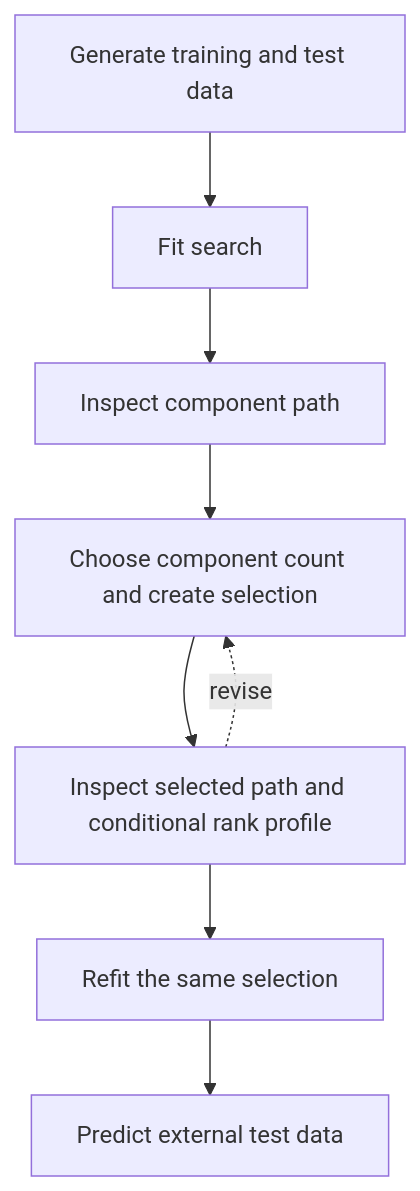
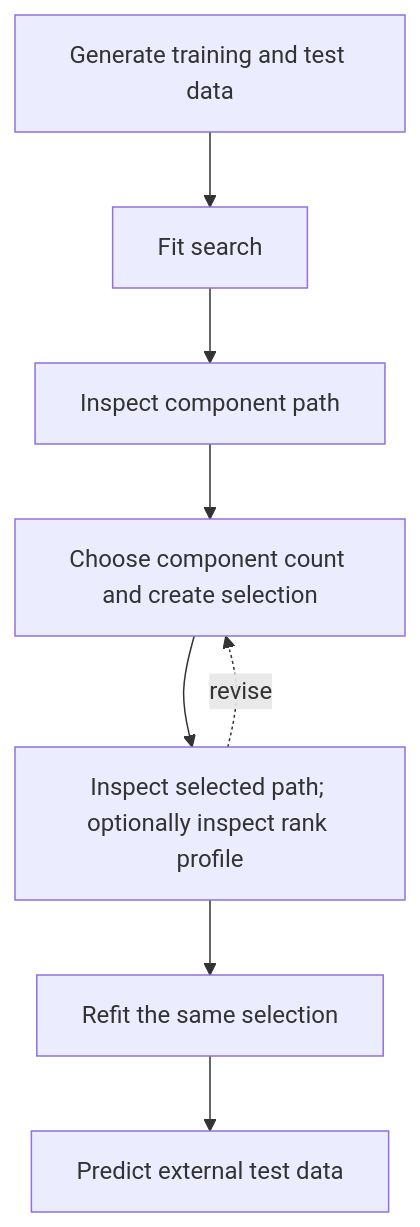
The diagram in docs/tutorials/synthetic.md (stefanlindstroem/pipls_private), drawn with Mermaid before and after one commit. The commit also changed other lines of this file and 1 other file, not shown here.

````diff
--- a/docs/tutorials/synthetic.md
+++ b/docs/tutorials/synthetic.md
@@ -14,13 +20,13 @@
 ```mermaid
 flowchart TD
     data["Generate training and test data"]
     search["Fit search"]
     path["Inspect component path"]
     select["Choose component count and create selection"]
-    review["Inspect selected path and conditional rank profile"]
+    review["Inspect selected path; optionally inspect rank profile"]
     refit["Refit the same selection"]
     predict["Predict external test data"]
 
     data --> search --> path --> select --> review --> refit --> predict
     review -. "revise" .-> select
 ```
````
